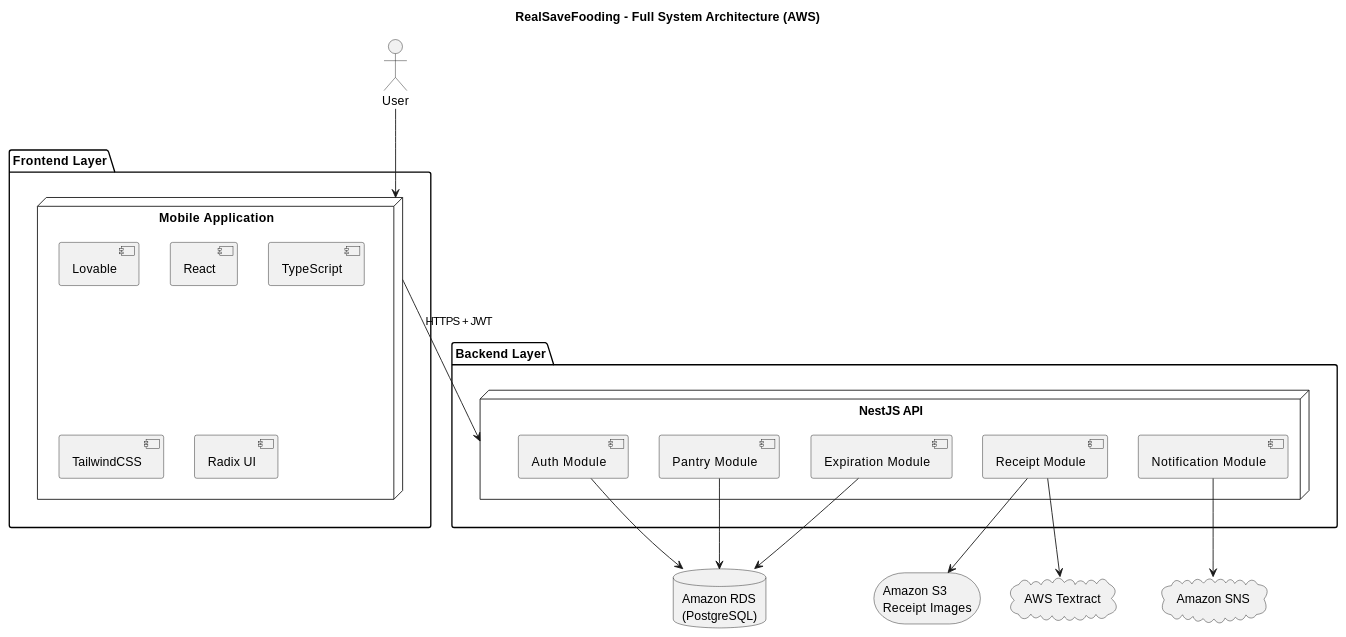
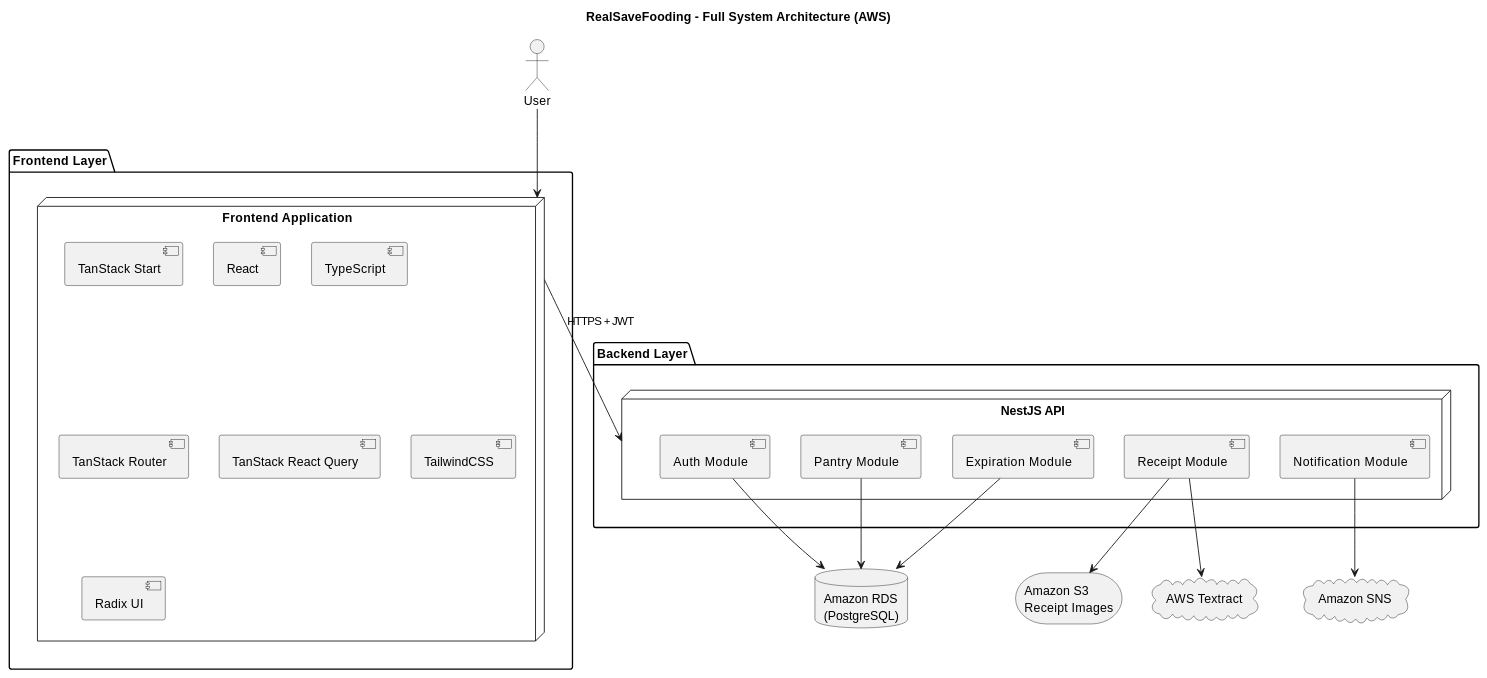
The third of 6 diagrams in docs/architecture/architecture.md (LIDR-academy/AI4Devs-finalproject), drawn with PlantUML before and after one commit. The commit also changed other lines of this file and 7 other files, not shown here.

Commit message:
Update architecture documentation to reflect TanStack Start integration and clarify frontend application references

````diff
--- a/docs/architecture/architecture.md
+++ b/docs/architecture/architecture.md
@@ -90,60 +91,62 @@
 ```plantuml
 @startuml
 title RealSaveFooding - Full System Architecture (AWS)
 
 actor User
 
 package "Frontend Layer" {
 
-    node "Mobile Application" {
+    node "Frontend Application" {
 
-        component "Lovable"
+        component "TanStack Start"
         component "React"
         component "TypeScript"
+        component "TanStack Router"
+        component "TanStack React Query"
         component "TailwindCSS"
         component "Radix UI"
 
     }
 
 }
 
 package "Backend Layer" {
 
     node "NestJS API" {
 
         component "Auth Module"
         component "Pantry Module"
         component "Receipt Module"
         component "Expiration Module"
         component "Notification Module"
 
     }
 
 }
 
 database "Amazon RDS\n(PostgreSQL)" as RDS
 
 storage "Amazon S3\nReceipt Images" as S3
 
 cloud "AWS Textract" as Textract
 
 cloud "Amazon SNS" as SNS
 
-User --> "Mobile Application"
+User --> "Frontend Application"
 
-"Mobile Application" --> "NestJS API" : HTTPS + JWT
+"Frontend Application" --> "NestJS API" : HTTPS + JWT
 
 "Auth Module" --> RDS
 
 "Pantry Module" --> RDS
 
 "Expiration Module" --> RDS
 
 "Receipt Module" --> S3
 
 "Receipt Module" --> Textract
 
 "Notification Module" --> SNS
 
 @enduml
 ```
````
